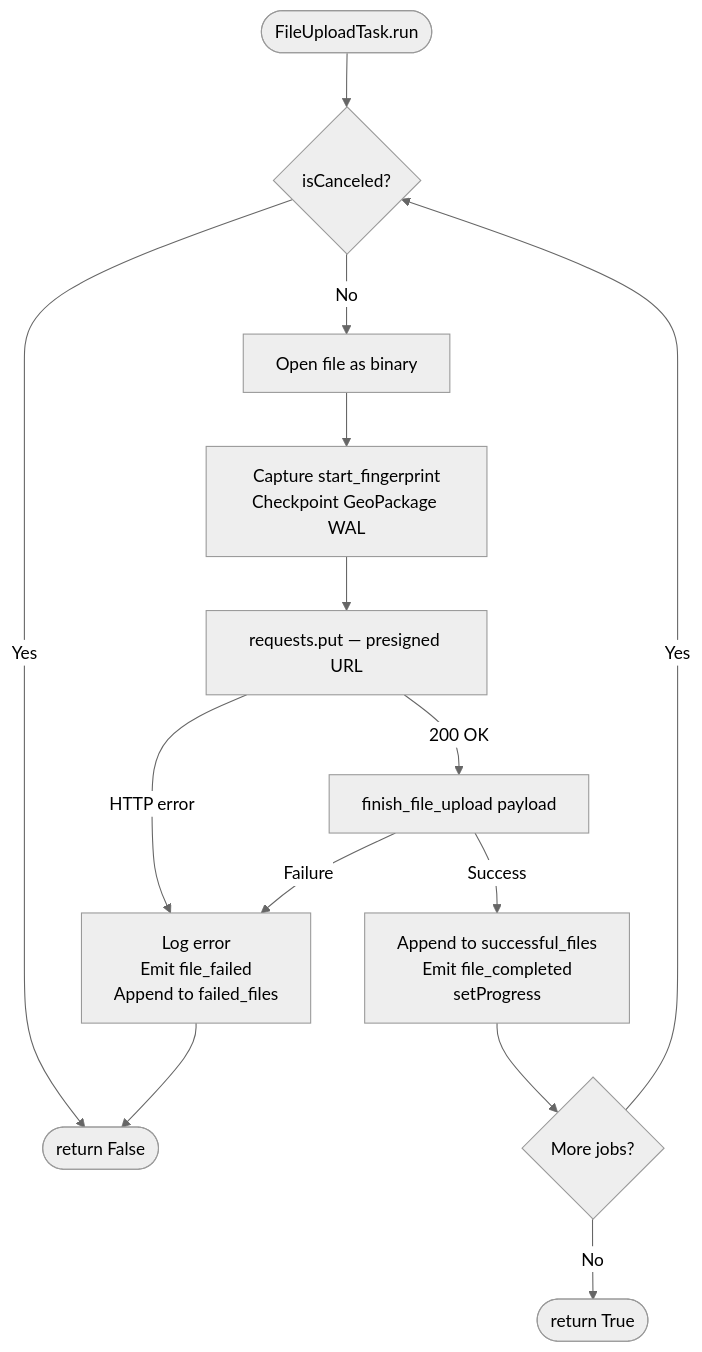
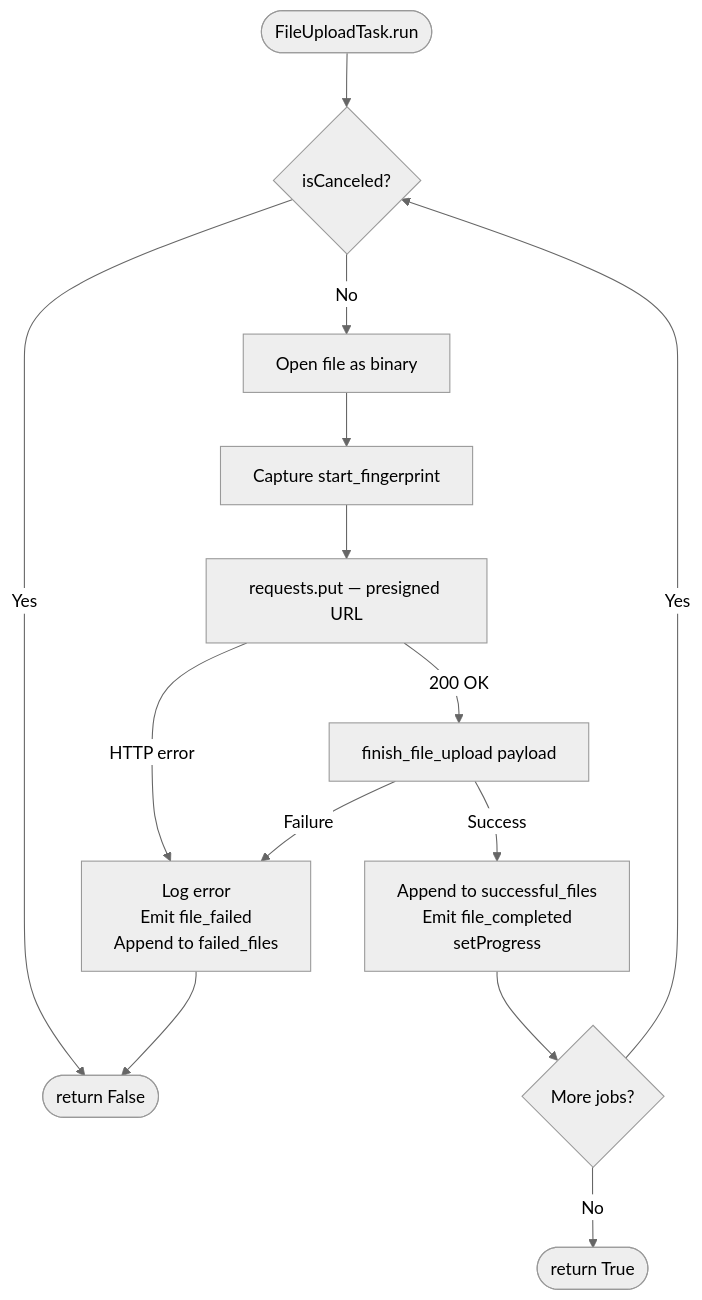
The second of 2 diagrams in doc/file_upload.md (nens/rana-qgis-plugin), drawn with Mermaid (neutral theme) before and after one commit. The commit also changed other lines of this file and 2 other files, not shown here.

Commit message:
Remove wal check

````diff
--- a/doc/file_upload.md
+++ b/doc/file_upload.md
@@ -63,16 +63,16 @@
 ```mermaid
 flowchart TD
     Start([FileUploadTask.run]) --> A{isCanceled?}
     A -- Yes --> Abort([return False])
     A -- No --> B[Open file as binary]
-    B --> B2[Capture start_fingerprint\nCheckpoint GeoPackage WAL]
+    B --> B2[Capture start_fingerprint]
     B2 --> C[requests.put — presigned URL]
     C -- HTTP error --> D[Log error\nEmit file_failed\nAppend to failed_files]
     D --> Abort
     C -- 200 OK --> E[finish_file_upload payload]
     E -- Failure --> D
     E -- Success --> F[Append to successful_files\nEmit file_completed\nsetProgress]
     F --> G{More jobs?}
     G -- Yes --> A
     G -- No --> Done([return True])
 ```
````
